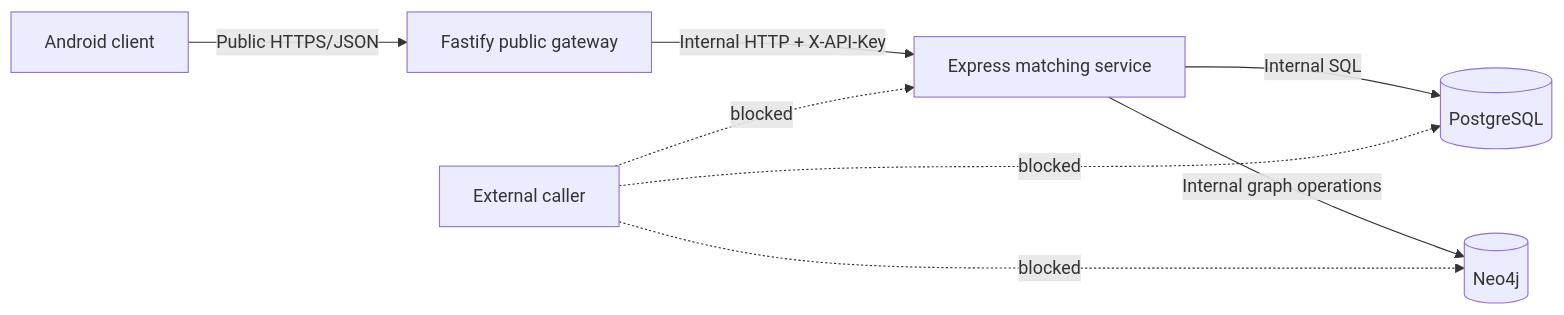
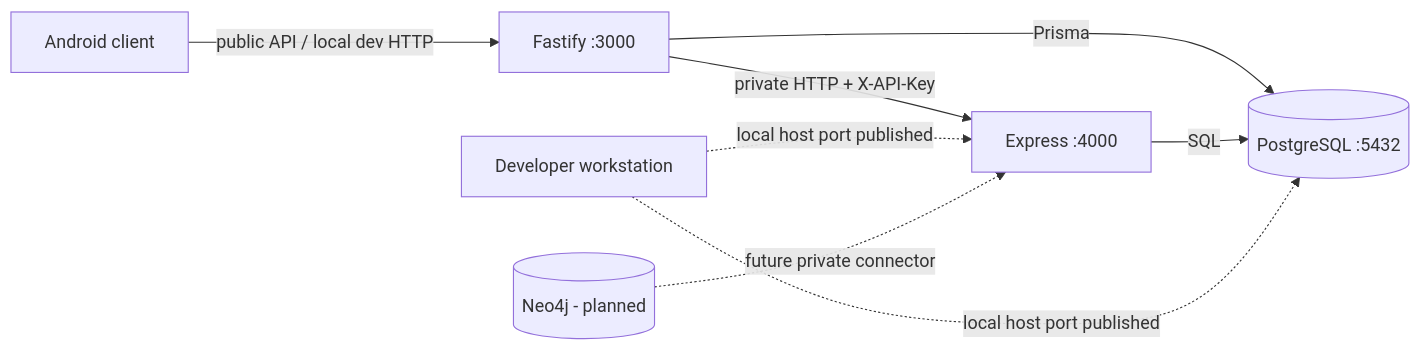
Before and after one commit to bhsei/26A: the eighth of 14 diagrams in docs/design/SAD.md, drawn with Mermaid. The commit also changed other lines of this file, not shown here.

First line of the commit message:
W10 - SAD design v1.0; add AdoptAJob Software Architecture Document

````diff
--- a/docs/design/SAD.md
+++ b/docs/design/SAD.md
@@ -648,10 +686,10 @@
 ```mermaid
 flowchart LR
-    A[Android client] -- Public HTTPS/JSON --> F[Fastify public gateway]
-    F -- Internal HTTP + X-API-Key --> E[Express matching service]
-    E -- Internal SQL --> P[(PostgreSQL)]
-    E -- Internal graph operations --> N[(Neo4j)]
-    X[External caller] -. blocked .-> E
-    X -. blocked .-> P
-    X -. blocked .-> N
+    A[Android client] -- public API / local dev HTTP --> F[Fastify :3000]
+    F -- private HTTP + X-API-Key --> E[Express :4000]
+    F -- Prisma --> P[(PostgreSQL :5432)]
+    E -- SQL --> P
+    D[Developer workstation] -. local host port published .-> E
+    D -. local host port published .-> P
+    N[(Neo4j - planned)] -. future private connector .-> E
 ```
````
